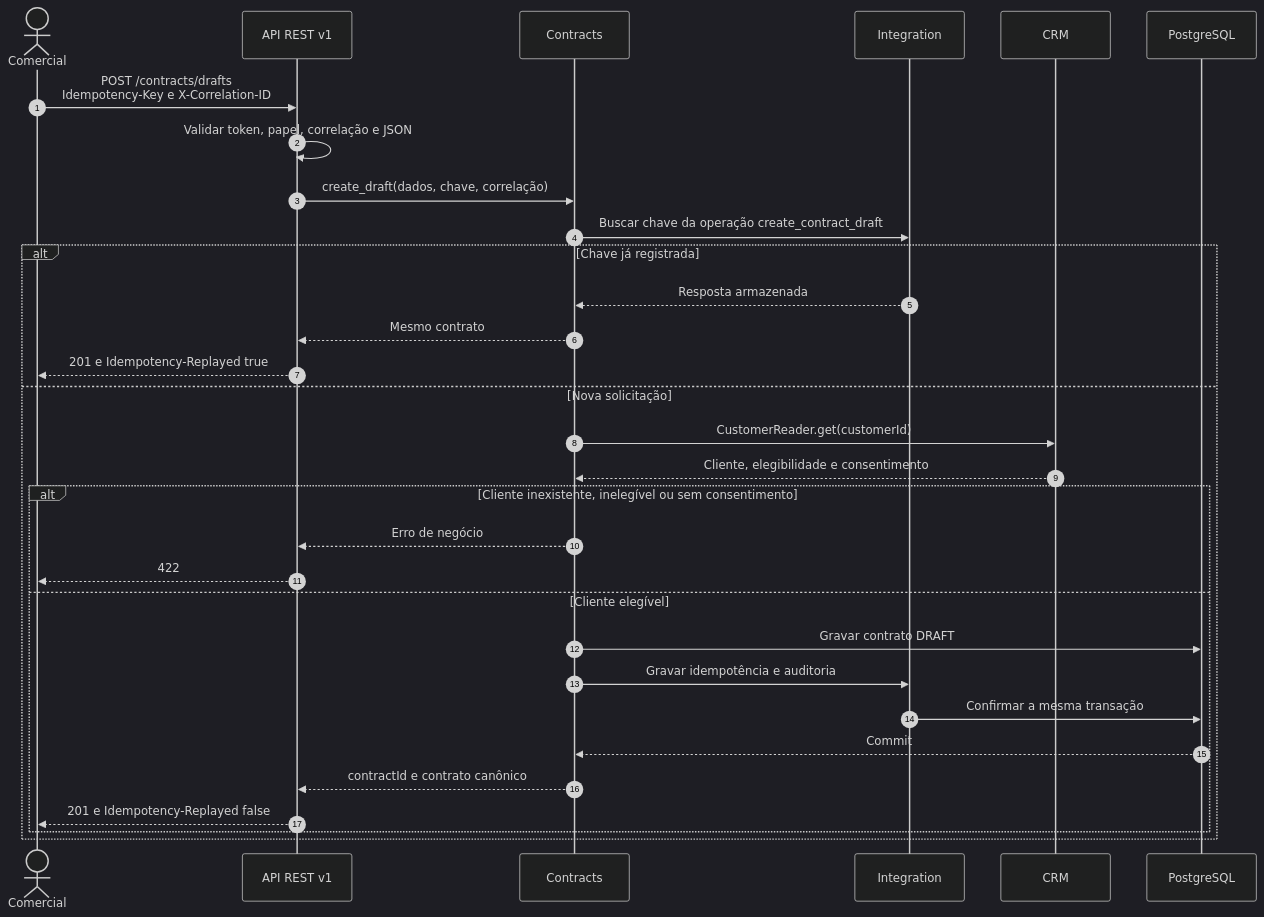
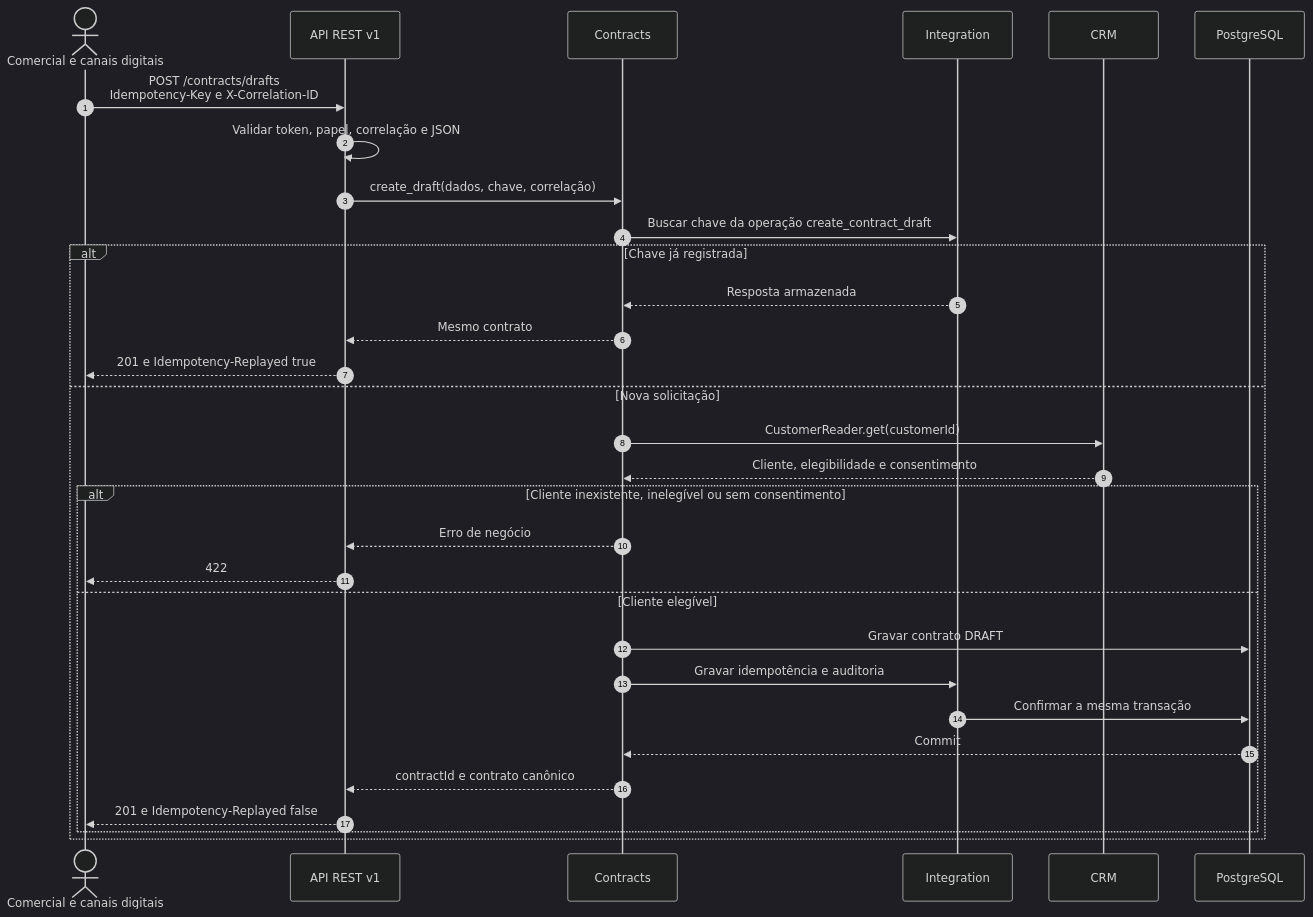
One commit to Roger-Quinelato/projetoAplicado7 changed the first of 3 diagrams in docs/arquitetura/FLUXOS_INTEGRACAO.md. Above: the diagram before and after it, drawn with Mermaid (dark theme). The commit also changed other lines of this file and 70 other files, not shown here.

````diff
--- a/docs/arquitetura/FLUXOS_INTEGRACAO.md
+++ b/docs/arquitetura/FLUXOS_INTEGRACAO.md
@@ -22,35 +24,35 @@
 ```mermaid
 sequenceDiagram
     autonumber
-    actor Comercial
+    actor Comercial e canais digitais
     participant API as API REST v1
     participant Contracts
     participant Integration
     participant CRM
     participant DB as PostgreSQL
 
-    Comercial->>API: POST /contracts/drafts<br/>Idempotency-Key e X-Correlation-ID
+    Comercial e canais digitais->>API: POST /contracts/drafts<br/>Idempotency-Key e X-Correlation-ID
     API->>API: Validar token, papel, correlação e JSON
     API->>Contracts: create_draft(dados, chave, correlação)
     Contracts->>Integration: Buscar chave da operação create_contract_draft
 
     alt Chave já registrada
         Integration-->>Contracts: Resposta armazenada
         Contracts-->>API: Mesmo contrato
-        API-->>Comercial: 201 e Idempotency-Replayed true
+        API-->>Comercial e canais digitais: 201 e Idempotency-Replayed true
     else Nova solicitação
         Contracts->>CRM: CustomerReader.get(customerId)
         CRM-->>Contracts: Cliente, elegibilidade e consentimento
         alt Cliente inexistente, inelegível ou sem consentimento
             Contracts-->>API: Erro de negócio
-            API-->>Comercial: 422
+            API-->>Comercial e canais digitais: 422
         else Cliente elegível
             Contracts->>DB: Gravar contrato DRAFT
             Contracts->>Integration: Gravar idempotência e auditoria
             Integration->>DB: Confirmar a mesma transação
             DB-->>Contracts: Commit
             Contracts-->>API: contractId e contrato canônico
-            API-->>Comercial: 201 e Idempotency-Replayed false
+            API-->>Comercial e canais digitais: 201 e Idempotency-Replayed false
         end
     end
 ```
````
